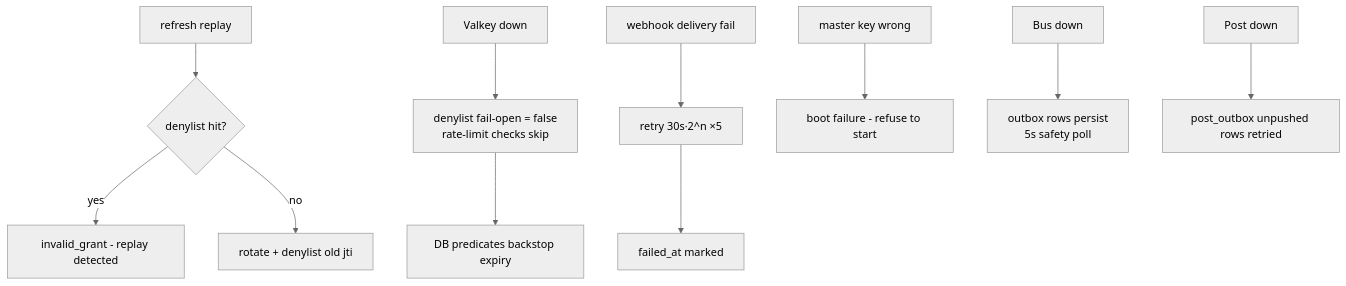
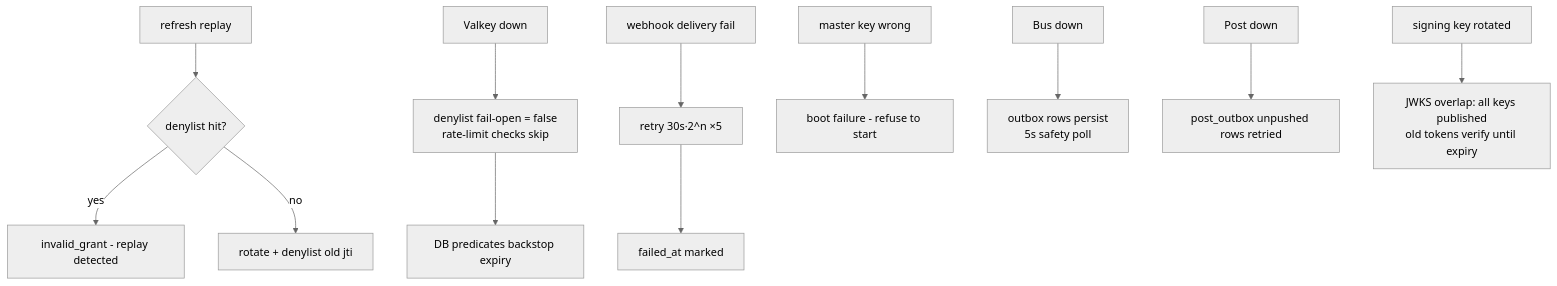
One commit to Sentin8/sentin8-site changed the tenth of 19 diagrams in docs/services/auth/design.md. Above: the diagram before and after it, drawn with Mermaid (neutral theme). The commit also changed other lines of this file and 28 other files, not shown here.

````diff
--- a/docs/services/auth/design.md
+++ b/docs/services/auth/design.md
@@ -486,13 +506,14 @@
 ```mermaid
 flowchart TD
     A[refresh replay] --> B{denylist hit?}
     B -- yes --> C[invalid_grant - replay detected]
     B -- no --> D[rotate + denylist old jti]
     E[Valkey down] --> F[denylist fail-open = false<br/>rate-limit checks skip]
     F --> G[DB predicates backstop expiry]
     H[webhook delivery fail] --> I[retry 30s·2^n ×5]
     I --> J[failed_at marked]
     K[master key wrong] --> L[boot failure - refuse to start]
     M[Bus down] --> N[outbox rows persist<br/>5s safety poll]
     O[Post down] --> P[post_outbox unpushed rows retried]
+    Q[signing key rotated] --> R[JWKS overlap: all keys published<br/>old tokens verify until expiry]
 ```
````
